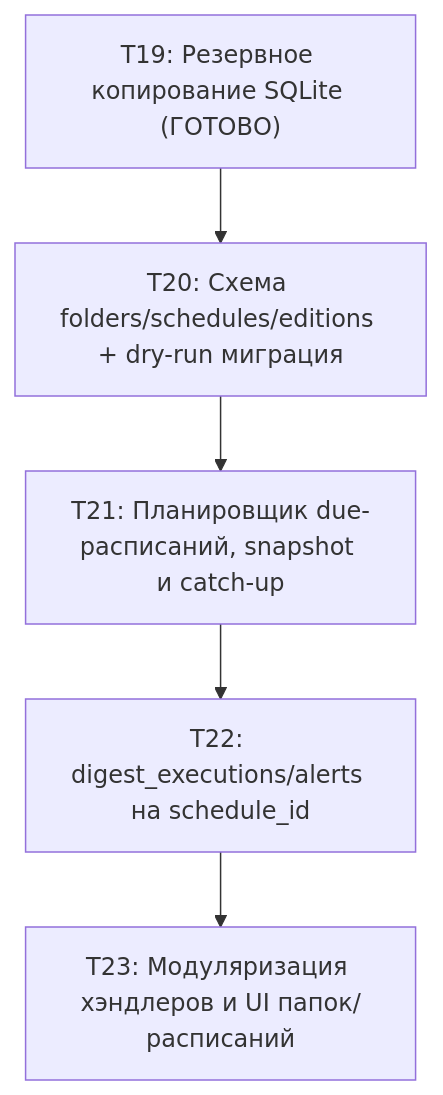
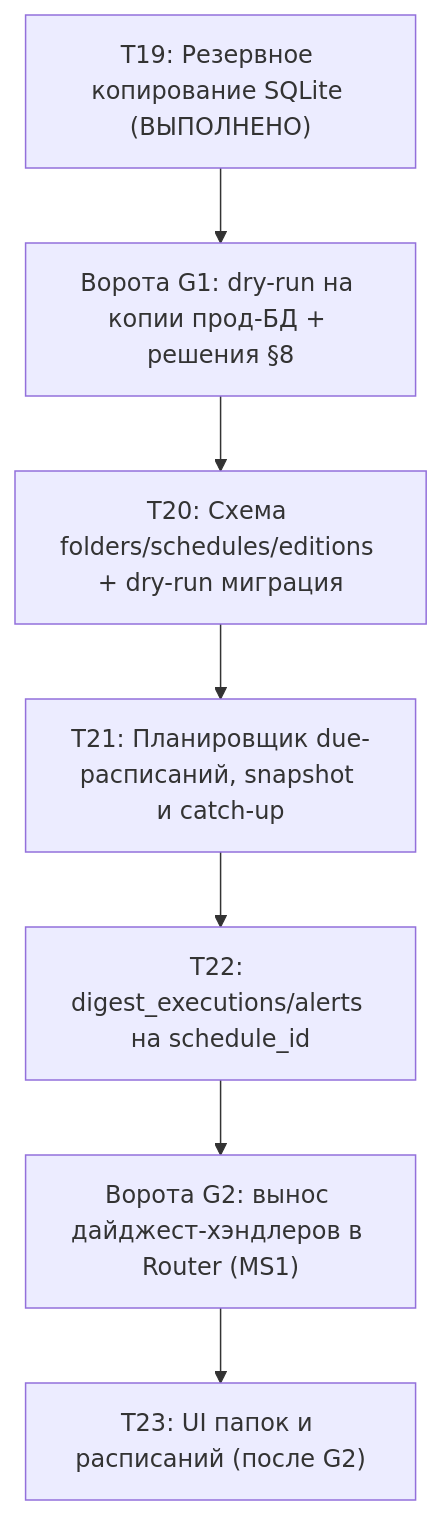
The second of 2 diagrams in docs/sprint/queue4-design.md (losoph/unagi-reminder-bot), drawn with Mermaid before and after one commit. The commit also changed other lines of this file and 4 other files, not shown here.

````diff
--- a/docs/sprint/queue4-design.md
+++ b/docs/sprint/queue4-design.md
@@ -444,8 +455,10 @@
 ```mermaid
 flowchart TD
-    T19["T19: Резервное копирование SQLite (ГОТОВО)"] --> T20
+    T19["T19: Резервное копирование SQLite (ВЫПОЛНЕНО)"] --> G1
+    G1["Ворота G1: dry-run на копии прод-БД + решения §8"] --> T20
     T20["T20: Схема folders/schedules/editions + dry-run миграция"] --> T21
     T21["T21: Планировщик due-расписаний, snapshot и catch-up"] --> T22
-    T22["T22: digest_executions/alerts на schedule_id"] --> T23
-    T23["T23: Модуляризация хэндлеров и UI папок/расписаний"]
+    T22["T22: digest_executions/alerts на schedule_id"] --> G2
+    G2["Ворота G2: вынос дайджест-хэндлеров в Router (MS1)"] --> T23
+    T23["T23: UI папок и расписаний (после G2)"]
 ```
````
